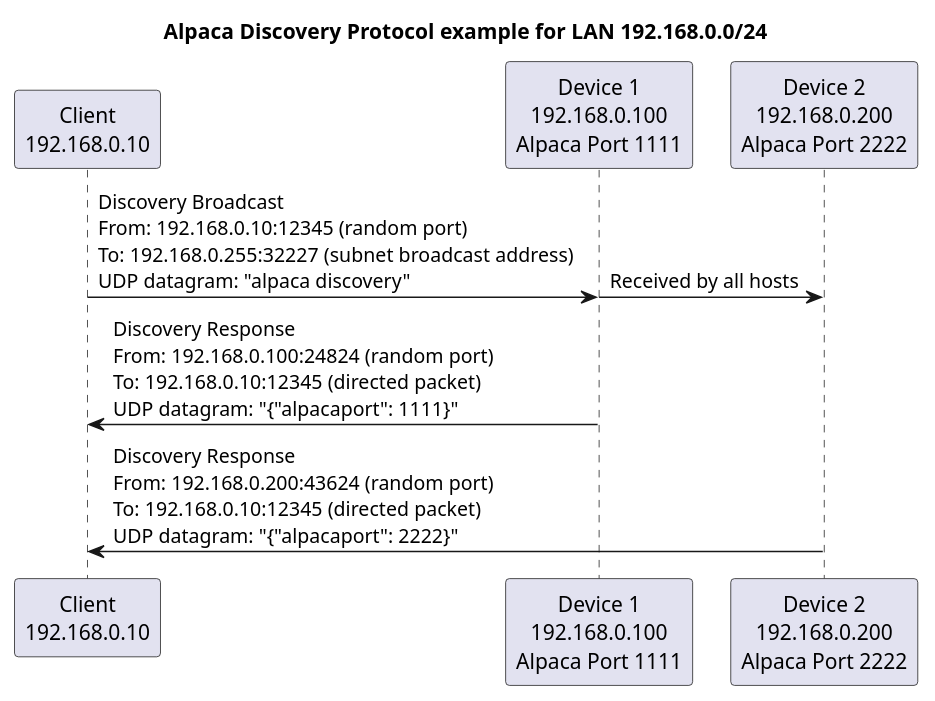
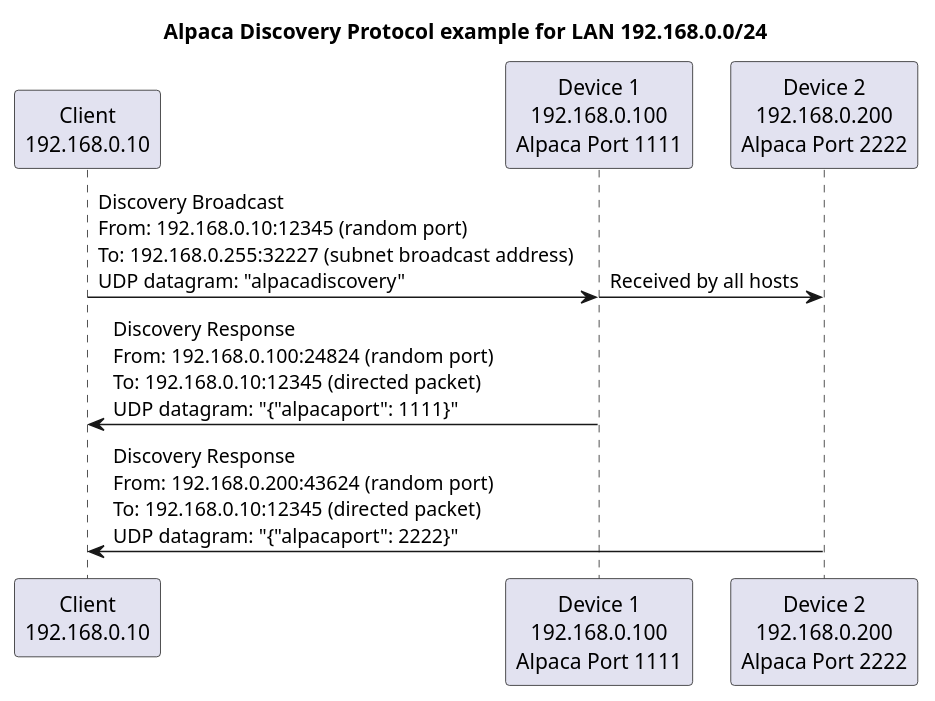
One commit to DanielVanNoord/AlpacaDiscoveryTests changed the diagram in discovery.puml. Above: the diagram before and after it, drawn with PlantUML. The commit also changed 4 other files, not shown here.

```diff
--- a/discovery.puml
+++ b/discovery.puml
@@ -1,13 +1,13 @@
 @startuml
 !pragma teoz true
 title Alpaca Discovery Protocol example for LAN 192.168.0.0/24
 participant "Client\n192.168.0.10" as Client
 participant "Device 1\n192.168.0.100\nAlpaca Port 1111" as Device1
 participant "Device 2\n192.168.0.200\nAlpaca Port 2222" as Device2
 
-Client -> Device1 : Discovery Broadcast\nFrom: 192.168.0.10:12345 (random port)\nTo: 192.168.0.255:32227 (subnet broadcast address)\nUDP datagram: "alpaca discovery"
+Client -> Device1 : Discovery Broadcast\nFrom: 192.168.0.10:12345 (random port)\nTo: 192.168.0.255:32227 (subnet broadcast address)\nUDP datagram: "alpacadiscovery"
 & Device1 -> Device2 : Received by all hosts
 
 Device1 -> Client : Discovery Response\nFrom: 192.168.0.100:24824 (random port)\nTo: 192.168.0.10:12345 (directed packet)\nUDP datagram: "{"alpacaport": 1111}"
 Device2 -> Client : Discovery Response\nFrom: 192.168.0.200:43624 (random port)\nTo: 192.168.0.10:12345 (directed packet)\nUDP datagram: "{"alpacaport": 2222}"
 @enduml
```
